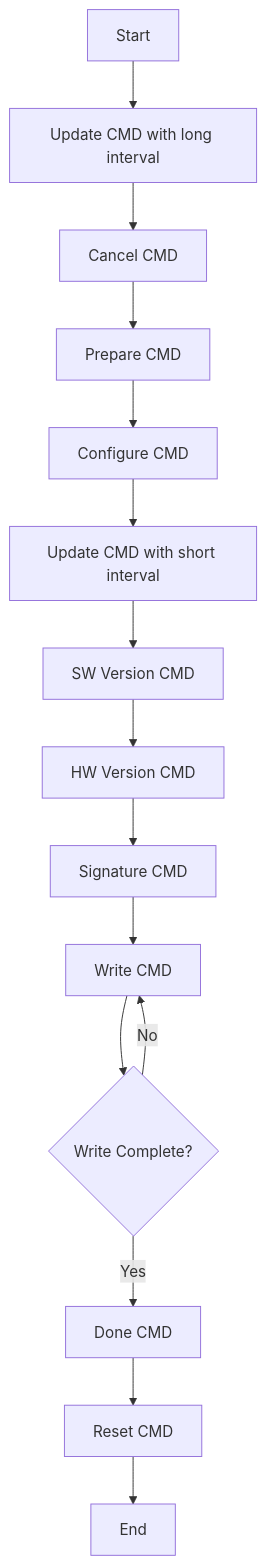
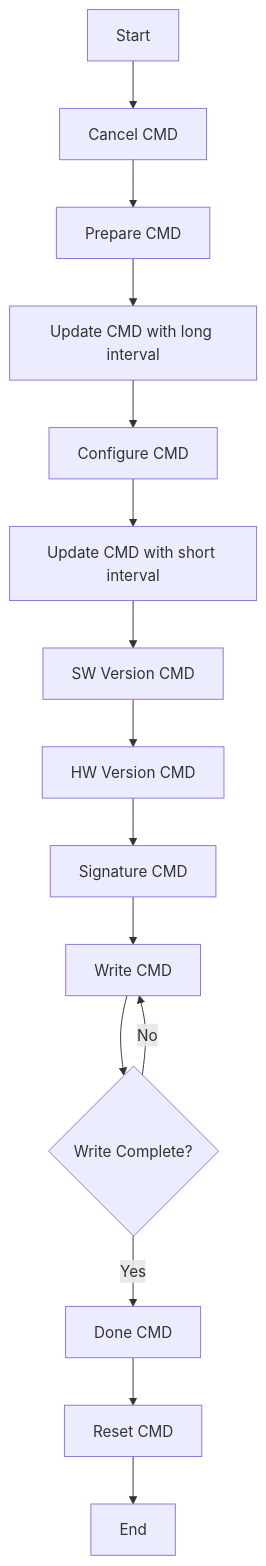
The diagram in content/docs/IN6XXE/Tools/OTA App Develop Guide.md (InPlay-Inc/inplay-inc.github.io), drawn with Mermaid before and after one commit. The commit also changed other lines of this file, not shown here.

````diff
--- a/content/docs/IN6XXE/Tools/OTA App Develop Guide.md
+++ b/content/docs/IN6XXE/Tools/OTA App Develop Guide.md
@@ -234,17 +237,17 @@
 ```mermaid
 graph TD;
-  A[Start] --> C[Update CMD with long interval];
-  C --> B[Cancel CMD];
+  A[Start] --> B[Cancel CMD];
   B --> K[Prepare CMD];
-  K --> D[Configure CMD];
+  K --> C[Update CMD with long interval];
+  C --> D[Configure CMD];
   D --> E[Update CMD with short interval];
   E --> L[SW Version CMD];
   L --> M[HW Version CMD];
   M --> N[Signature CMD];
   N --> F[Write CMD];
   F --> G{Write Complete?};
     G -->|Yes| H[Done CMD];
     H --> I[Reset CMD];
     I --> J[End];
     G -->|No| F;
 ```
````
